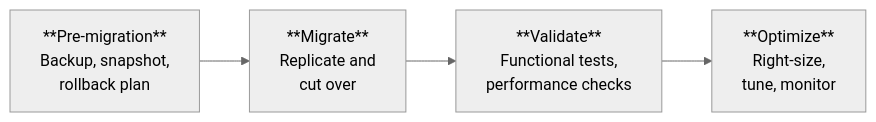
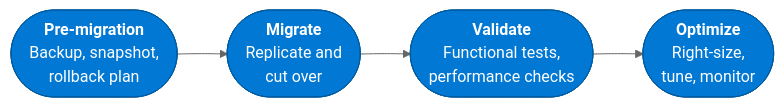
Before and after one commit to jonathan-vella/build-test: the second of 2 diagrams in site/src/content/docs/execution/index.md, drawn with Mermaid (neutral theme). The commit also changed 11 other files, not shown here.

````diff
--- a/site/src/content/docs/execution/index.md
+++ b/site/src/content/docs/execution/index.md
@@ -76,6 +76,9 @@
 ```mermaid
 graph LR
-  PRE["**Pre-migration**<br/>Backup, snapshot,<br/>rollback plan"] --> MIG["**Migrate**<br/>Replicate and<br/>cut over"]
-  MIG --> VAL["**Validate**<br/>Functional tests,<br/>performance checks"]
-  VAL --> OPT["**Optimize**<br/>Right-size,<br/>tune, monitor"]
+  classDef step fill:#0078d4,stroke:#005a9e,color:#fff
+  PRE(["<b>Pre-migration</b><br/>Backup, snapshot,<br/>rollback plan"]):::step
+  MIG(["<b>Migrate</b><br/>Replicate and<br/>cut over"]):::step
+  VAL(["<b>Validate</b><br/>Functional tests,<br/>performance checks"]):::step
+  OPT(["<b>Optimize</b><br/>Right-size,<br/>tune, monitor"]):::step
+  PRE --> MIG --> VAL --> OPT
 ```
````
